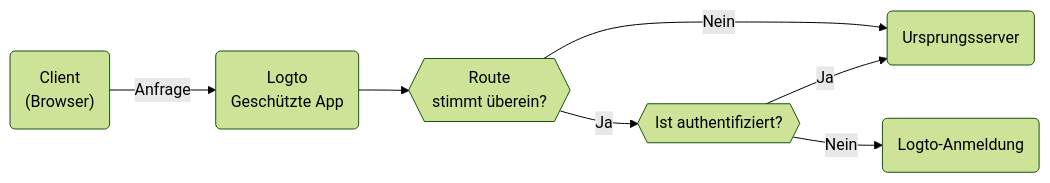
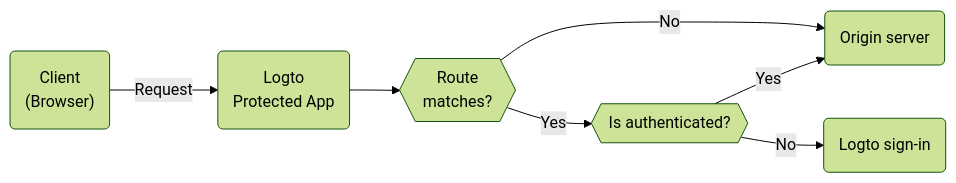
Before and after one commit to logto-io/docs: the diagram in i18n/de/docusaurus-plugin-content-docs/current/integrate-logto/protected-app.mdx, drawn with Mermaid (forest theme). The commit also changed other lines of this file and 174 other files, not shown here.

````diff
--- a/i18n/de/docusaurus-plugin-content-docs/current/integrate-logto/protected-app.mdx
+++ b/i18n/de/docusaurus-plugin-content-docs/current/integrate-logto/protected-app.mdx
@@ -17,9 +19,9 @@
 ```mermaid
 graph LR
-  A("Client<br/>(Browser)") -->|Anfrage| B(Logto<br/>Geschützte App)
-  B --> Condition{{Route<br/>stimmt überein?}}
-  Condition -->|Ja| Matched{{Ist authentifiziert?}}
-  Matched -->|Ja| C(Ursprungsserver)
-  Matched -->|Nein| D(Logto-Anmeldung)
-  Condition -->|Nein| C
+  A("Client<br/>(Browser)") -->|Request| B(Logto<br/>Protected App)
+  B --> Condition{{Route<br/>matches?}}
+  Condition -->|Yes| Matched{{Is authenticated?}}
+  Matched -->|Yes| C(Origin server)
+  Matched -->|No| D(Logto sign-in)
+  Condition -->|No| C
 ```
````
